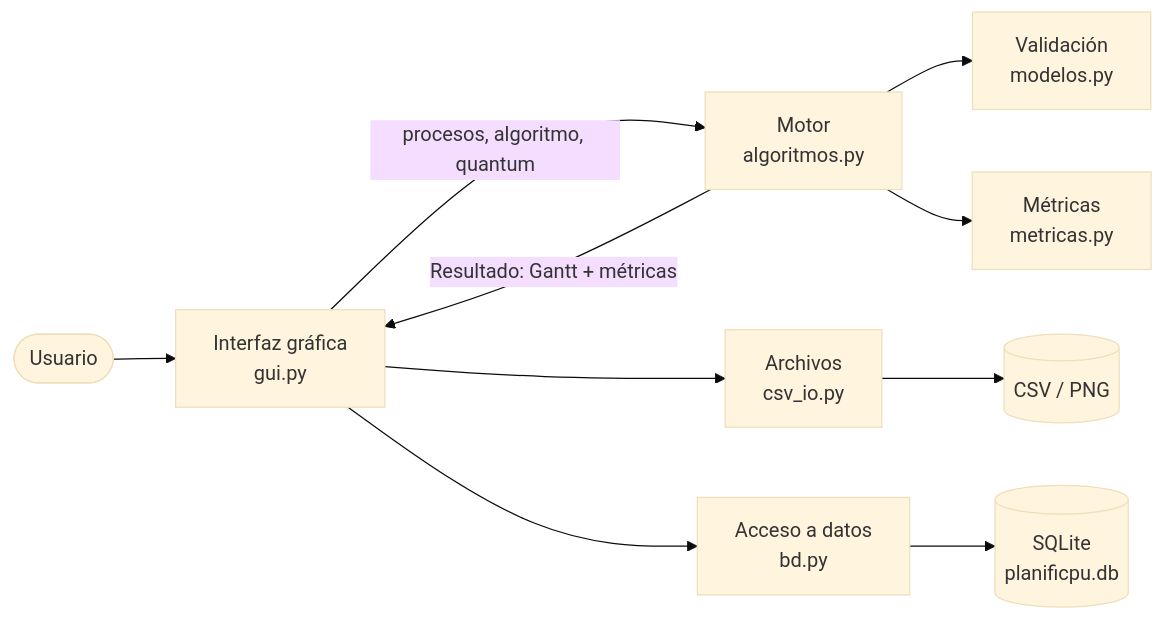
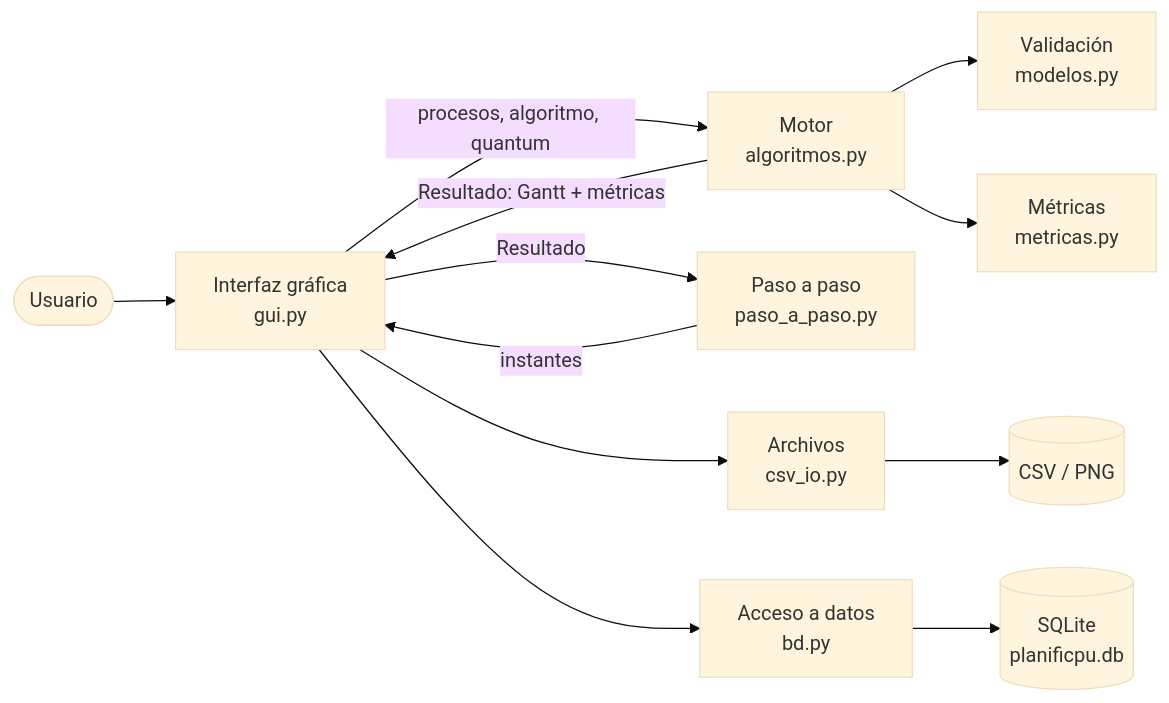
Before and after one commit to daviid0611/PlanifiCPU_SistemasOperativos_G11: the diagram in README.md, drawn with Mermaid (base theme). The commit also changed other lines of this file, not shown here.

````diff
--- a/README.md
+++ b/README.md
@@ -184,12 +187,14 @@
 ```mermaid
 flowchart LR
     U([Usuario]) --> G[Interfaz gráfica<br/>gui.py]
     G -->|procesos, algoritmo, quantum| M[Motor<br/>algoritmos.py]
     M --> V[Validación<br/>modelos.py]
     M --> R[Métricas<br/>metricas.py]
     M -->|Resultado: Gantt + métricas| G
+    G -->|Resultado| P[Paso a paso<br/>paso_a_paso.py]
+    P -->|instantes| G
     G --> C[Archivos<br/>csv_io.py]
     G --> B[Acceso a datos<br/>bd.py]
     C --> F[(CSV / PNG)]
     B --> D[(SQLite<br/>planificpu.db)]
 ```
````
